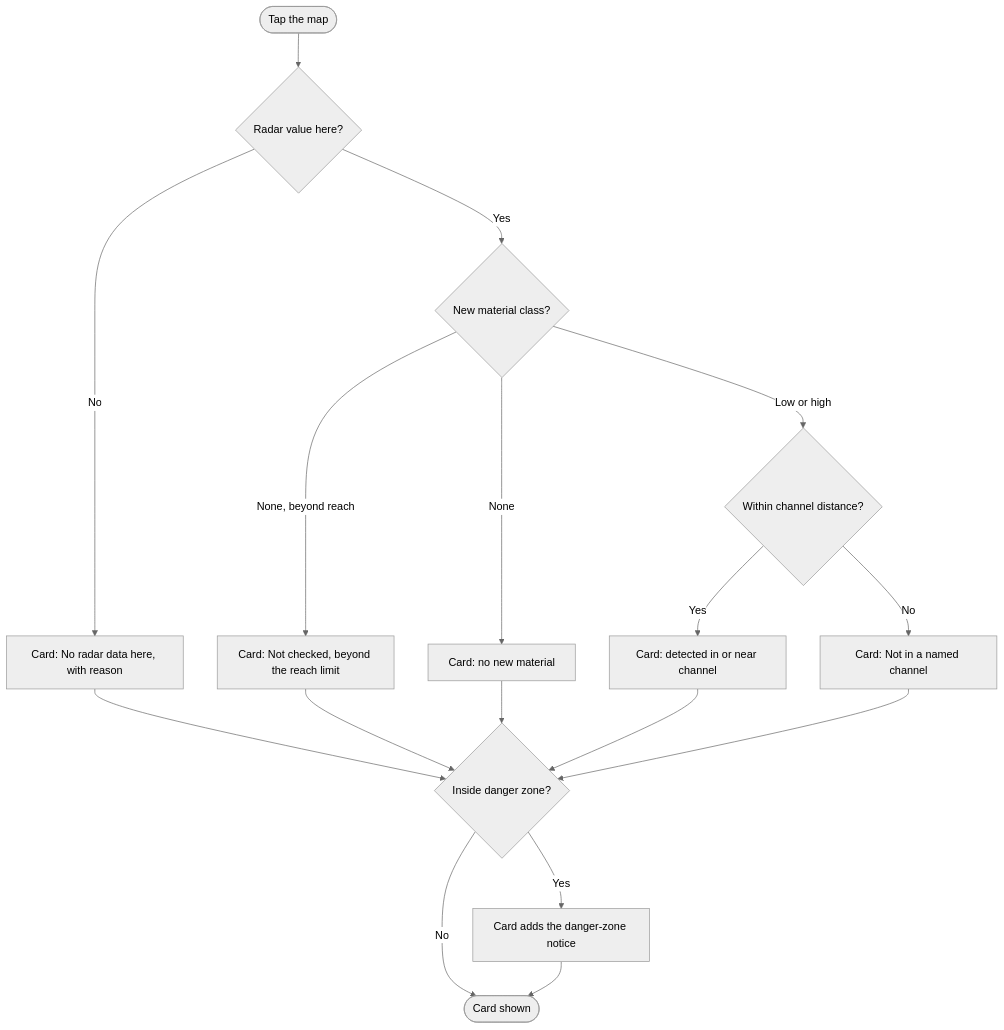
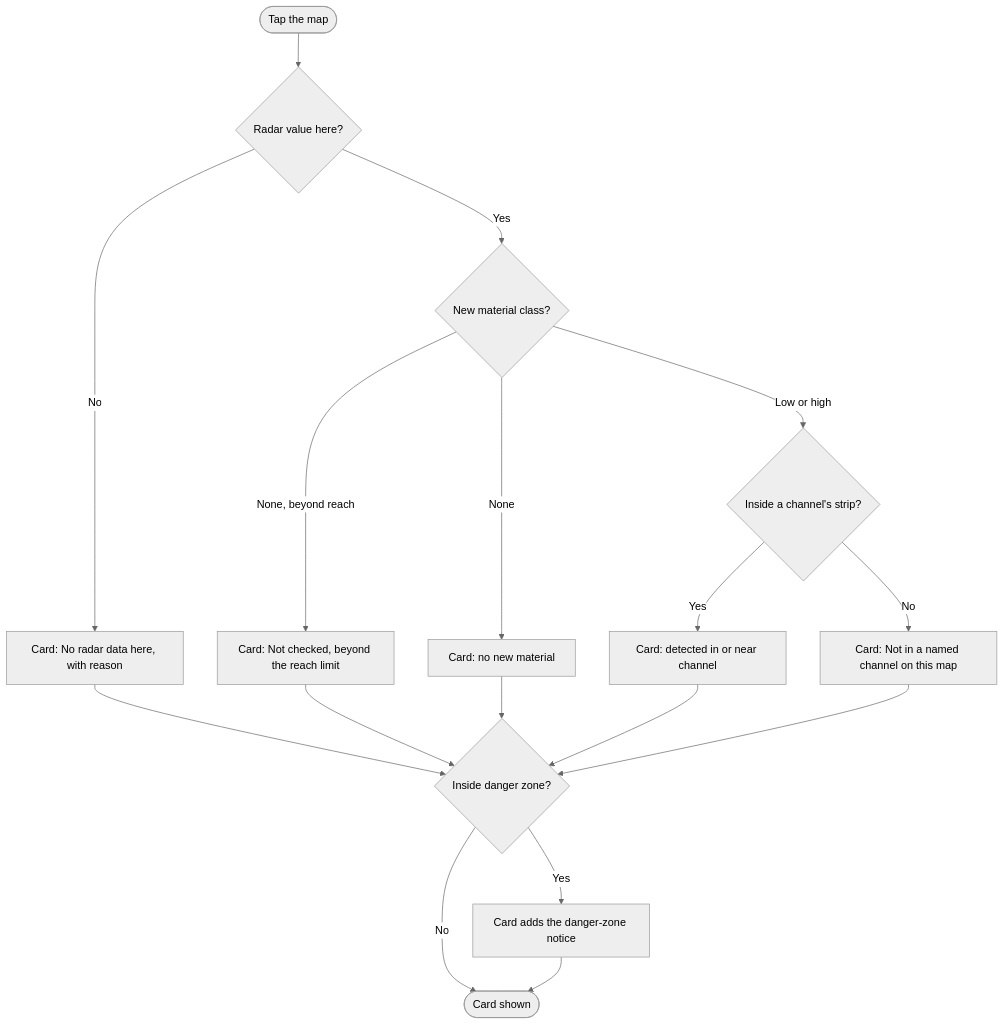
Before and after one commit to BontoJamesRod/groudon-s-land-in-albay: the fourth of 10 diagrams in docs/03-user-flows.md, drawn with Mermaid (neutral theme). The commit also changed other lines of this file and 11 other files, not shown here.

````diff
--- a/docs/03-user-flows.md
+++ b/docs/03-user-flows.md
@@ -91,19 +91,19 @@
 ```mermaid
 flowchart TD
     A(["Tap the map"]) --> B{"Radar value here?"}
     B -- No --> C["Card: No radar data here, with reason"]
     B -- Yes --> D{"New material class?"}
     D -- "None, beyond reach" --> R["Card: Not checked, beyond the reach limit"]
     D -- None --> E["Card: no new material"]
-    D -- "Low or high" --> F{"Within channel distance?"}
+    D -- "Low or high" --> F{"Inside a channel's strip?"}
     F -- Yes --> G["Card: detected in or near channel"]
-    F -- No --> H["Card: Not in a named channel"]
+    F -- No --> H["Card: Not in a named channel on this map"]
     C --> I{"Inside danger zone?"}
     R --> I
     E --> I
     G --> I
     H --> I
     I -- Yes --> J["Card adds the danger-zone notice"]
     I -- No --> K(["Card shown"])
     J --> K
 ```
````
